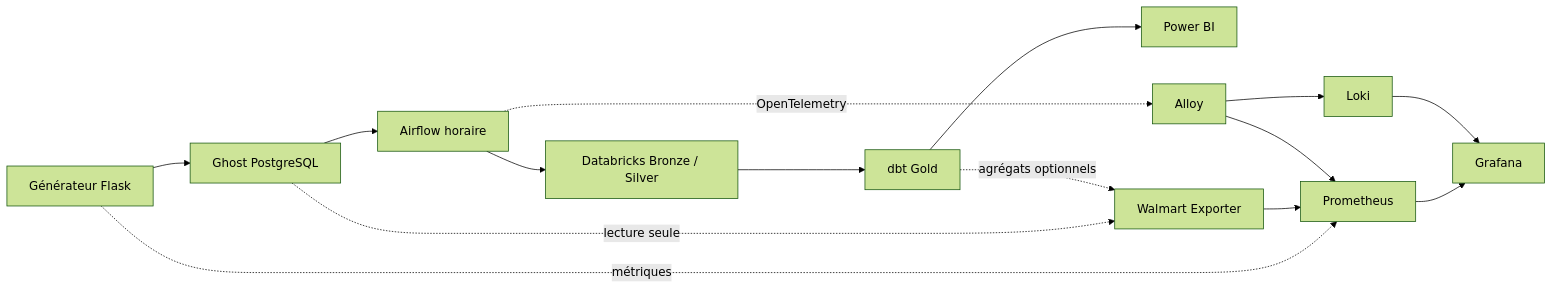
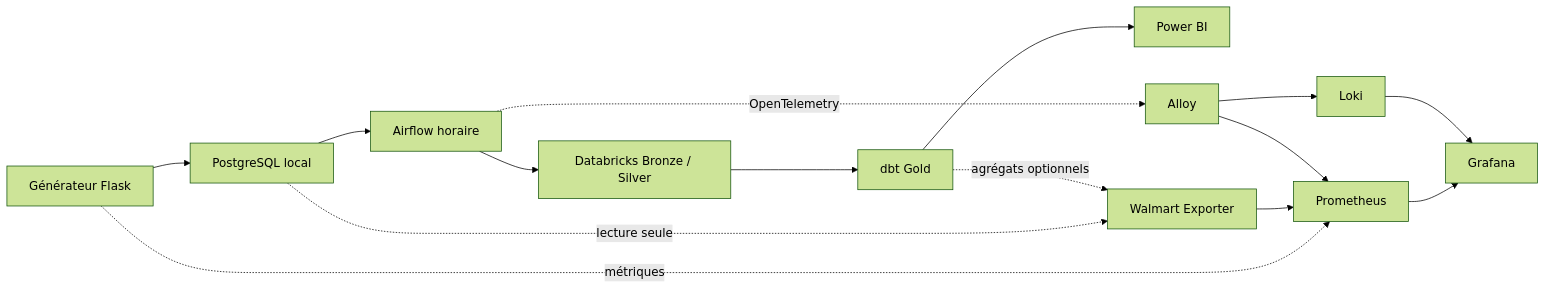
Before and after one commit to amine-LabsCraft/Walmart_streaming_Flow: the diagram in Docs/GRAFANA_MONITORING_GUIDE.md, drawn with Mermaid (forest theme). The commit also changed other lines of this file and 20 other files, not shown here.

First line of the commit message:
feat: replace Ghost PostgreSQL with a local Docker source database

````diff
--- a/Docs/GRAFANA_MONITORING_GUIDE.md
+++ b/Docs/GRAFANA_MONITORING_GUIDE.md
@@ -7,18 +7,18 @@
 ```mermaid
 flowchart LR
-    Generator["Générateur Flask"] --> Source["Ghost PostgreSQL"]
+    Generator["Générateur Flask"] --> Source["PostgreSQL local"]
     Source --> Airflow["Airflow horaire"]
     Airflow --> Lakehouse["Databricks Bronze / Silver"]
     Lakehouse --> Gold["dbt Gold"]
     Gold --> PowerBI["Power BI"]
 
     Generator -. métriques .-> Prometheus
     Source -. lecture seule .-> Exporter["Walmart Exporter"]
     Airflow -. OpenTelemetry .-> Alloy
     Gold -. agrégats optionnels .-> Exporter
     Exporter --> Prometheus
     Alloy --> Prometheus
     Alloy --> Loki
     Prometheus --> Grafana
     Loki --> Grafana
 ```
````
